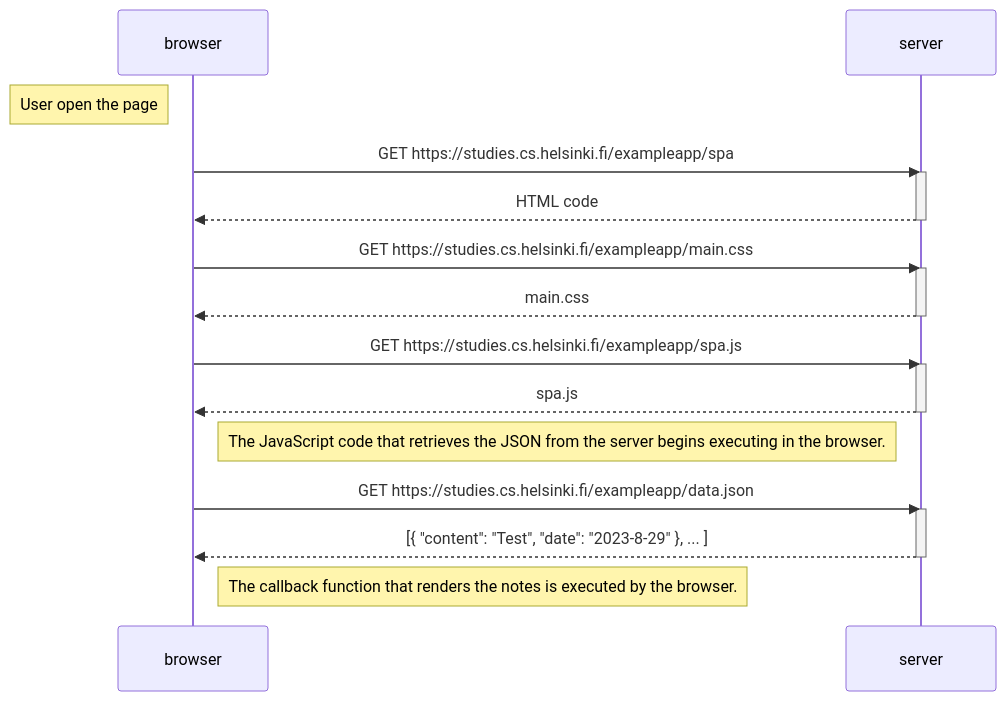
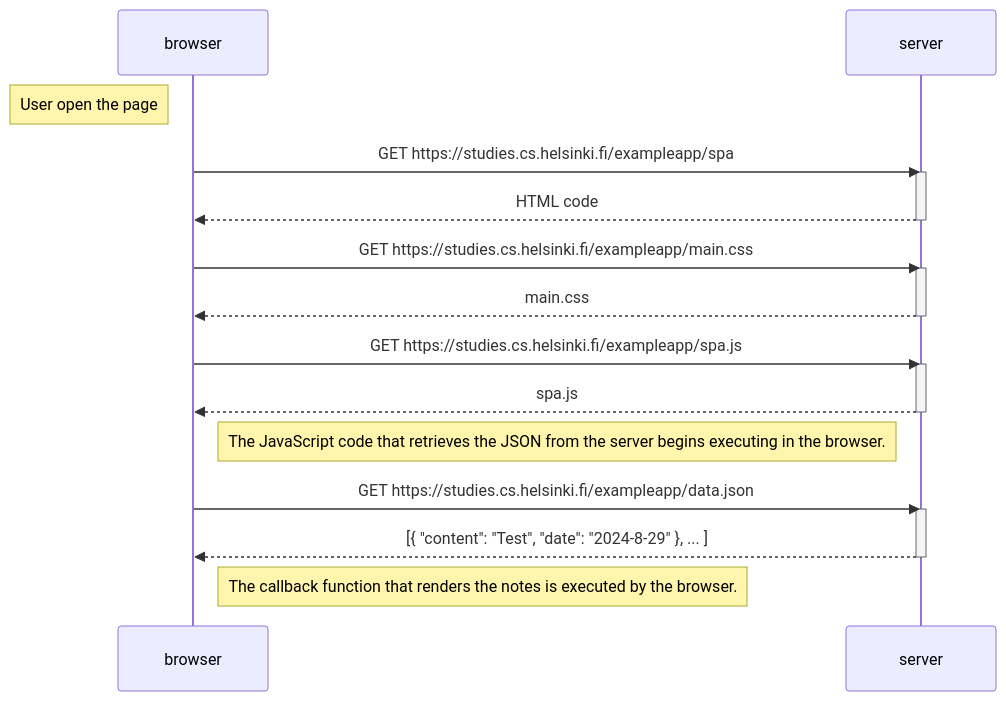
The diagram in Part0/0.5_Single_page_app_diagram.md (AliShehab01/full-stack-open-2024), drawn with Mermaid before and after one commit.

````diff
--- a/Part0/0.5_Single_page_app_diagram.md
+++ b/Part0/0.5_Single_page_app_diagram.md
@@ -1,32 +1,32 @@
 ```mermaid
 sequenceDiagram
     participant browser
     participant server
 note left of browser: User open the page
 
 browser->>server: GET  https://studies.cs.helsinki.fi/exampleapp/spa
    activate server
    server-->>browser: HTML code
    deactivate server
 
 browser->>server: GET https://studies.cs.helsinki.fi/exampleapp/main.css
    activate server
    server-->>browser: main.css
    deactivate server
 
 browser->>server: GET https://studies.cs.helsinki.fi/exampleapp/spa.js
     activate server
     server-->>browser: spa.js
     deactivate server
     
 Note right of browser: The JavaScript code that retrieves the JSON from the server begins executing in the browser.
     
 browser->>server: GET https://studies.cs.helsinki.fi/exampleapp/data.json
     activate server
-    server-->>browser: [{ "content": "Test", "date": "2023-8-29" }, ... ]
+    server-->>browser: [{ "content": "Test", "date": "2024-8-29" }, ... ]
     deactivate server
     
       Note right of browser: The callback function that renders the notes is executed by the browser.
 
 
 ```
````
